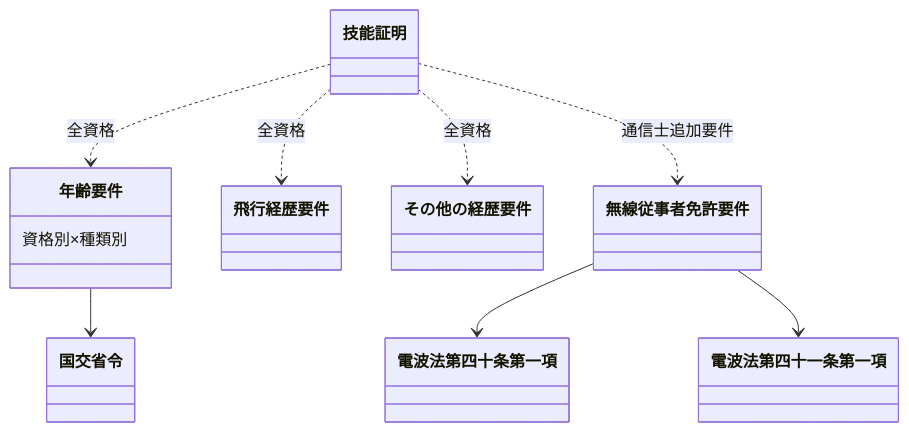
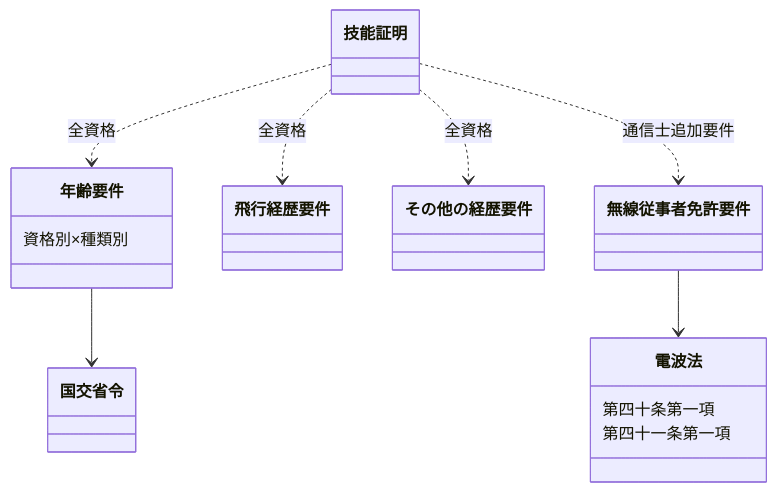
The first of 2 diagrams in chapters/04_第四章.md (yonemotoBB/pil), drawn with Mermaid before and after one commit. The commit also changed other lines of this file, not shown here.

First line of the commit message:
Express Article 28 as a full mermaid flowchart

````diff
--- a/chapters/04_第四章.md
+++ b/chapters/04_第四章.md
@@ -81,15 +81,18 @@
 ```mermaid
 classDiagram
     class 年齢要件 {
         資格別×種類別
+    }
+    class 電波法{
+        第四十条第一項
+        第四十一条第一項
     }
     
     技能証明 ..> 年齢要件 : 全資格
     技能証明 ..>  飛行経歴要件 : 全資格
     技能証明 ..> その他の経歴要件 : 全資格
     技能証明 ..> 無線従事者免許要件 : 通信士追加要件
     
     年齢要件 --> 国交省令
-    無線従事者免許要件 --> 電波法第四十条第一項
-    無線従事者免許要件 --> 電波法第四十一条第一項
+    無線従事者免許要件 --> 電波法
 ```
````
